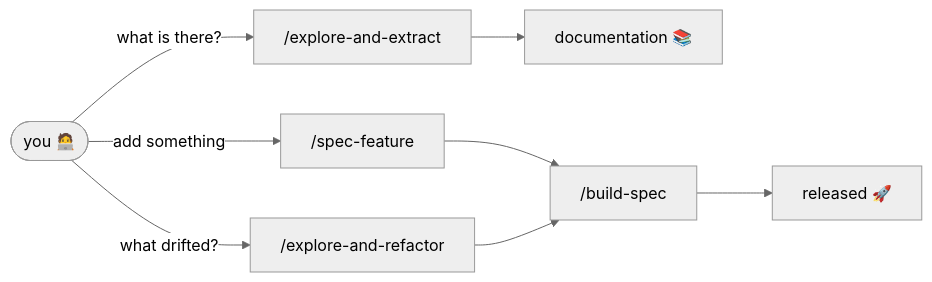
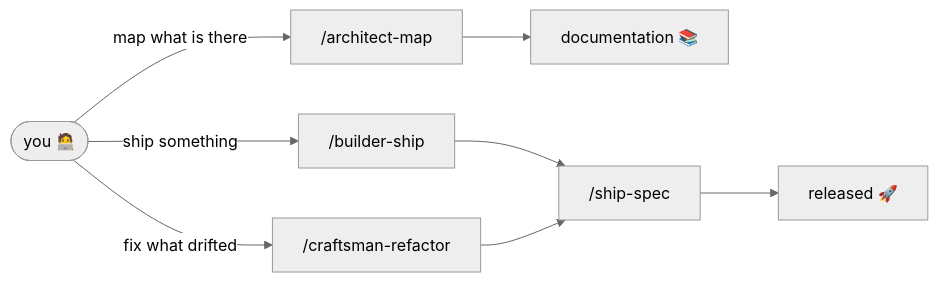
Before and after one commit to AlbertoBasalo/aiddbot-com: the first of 4 diagrams in src/content/docs/workflow.md, drawn with Mermaid (neutral theme). The commit also changed other lines of this file and 23 other files, not shown here.

````diff
--- a/src/content/docs/workflow.md
+++ b/src/content/docs/workflow.md
@@ -32,11 +38,11 @@
 ```mermaid
 flowchart LR
   YOU([you 🧑‍💻])
-  YOU -->|what is there?| EXP["/explore-and-extract"]
-  YOU -->|add something| FEA["/spec-feature"]
-  YOU -->|what drifted?| DRF["/explore-and-refactor"]
-  EXP --> DOC[documentation 📚]
-  FEA --> BLD["/build-spec"]
-  DRF --> BLD
-  BLD --> REL[released 🚀]
+  YOU -->|map what is there| ARC["/architect-map"]
+  YOU -->|ship something| BLD["/builder-ship"]
+  YOU -->|fix what drifted| CRF["/craftsman-refactor"]
+  ARC --> DOC[documentation 📚]
+  BLD --> MACH["/ship-spec"]
+  CRF --> MACH
+  MACH --> REL[released 🚀]
 ```
````
